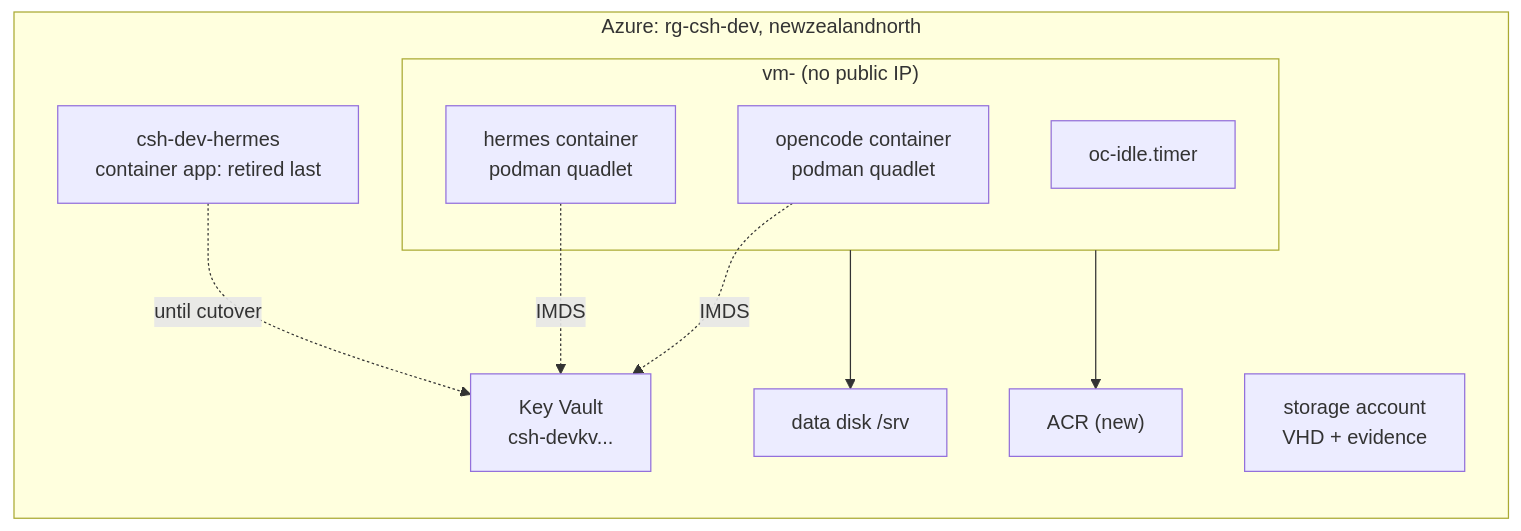
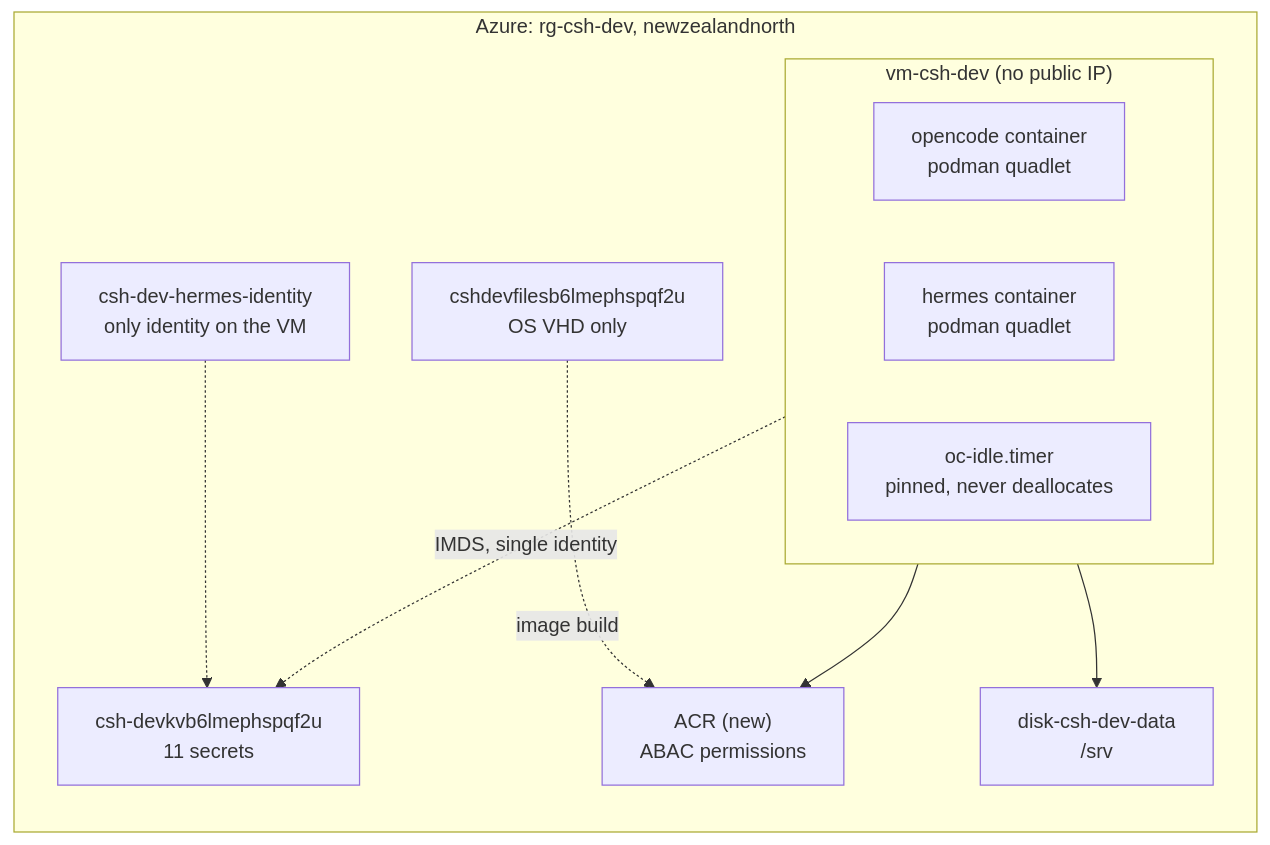
Before and after one commit to ultus-net/devbox-oc: the first of 2 diagrams in docs/deployment-plan.md, drawn with Mermaid. The commit also changed other lines of this file and 1 other file, not shown here.

````diff
--- a/docs/deployment-plan.md
+++ b/docs/deployment-plan.md
@@ -88,20 +75,20 @@
 ```mermaid
 flowchart LR
   subgraph AZ["Azure: rg-csh-dev, newzealandnorth"]
-    subgraph VM["vm-<prefix> (no public IP)"]
+    subgraph VM["vm-csh-dev (no public IP)"]
       OC["opencode container<br/>podman quadlet"]
       HM["hermes container<br/>podman quadlet"]
-      IDLE["oc-idle.timer"]
+      IDLE["oc-idle.timer<br/>pinned, never deallocates"]
     end
-    DD["data disk /srv"]
-    KV["Key Vault<br/>csh-devkv..."]
-    ACR["ACR (new)"]
-    ST["storage account<br/>VHD + evidence"]
-    CA["csh-dev-hermes<br/>container app: retired last"]
+    DD["disk-csh-dev-data<br/>/srv"]
+    KV["csh-devkvb6lmephspqf2u<br/>11 secrets"]
+    ID["csh-dev-hermes-identity<br/>only identity on the VM"]
+    ACR["ACR (new)<br/>ABAC permissions"]
+    ST["cshdevfilesb6lmephspqf2u<br/>OS VHD only"]
   end
   VM --> DD
-  OC -.->|"IMDS"| KV
-  HM -.->|"IMDS"| KV
+  VM -.->|"IMDS, single identity"| KV
+  ID -.-> KV
   VM --> ACR
-  CA -.->|"until cutover"| KV
+  ST -.->|"image build"| ACR
 ```
````
